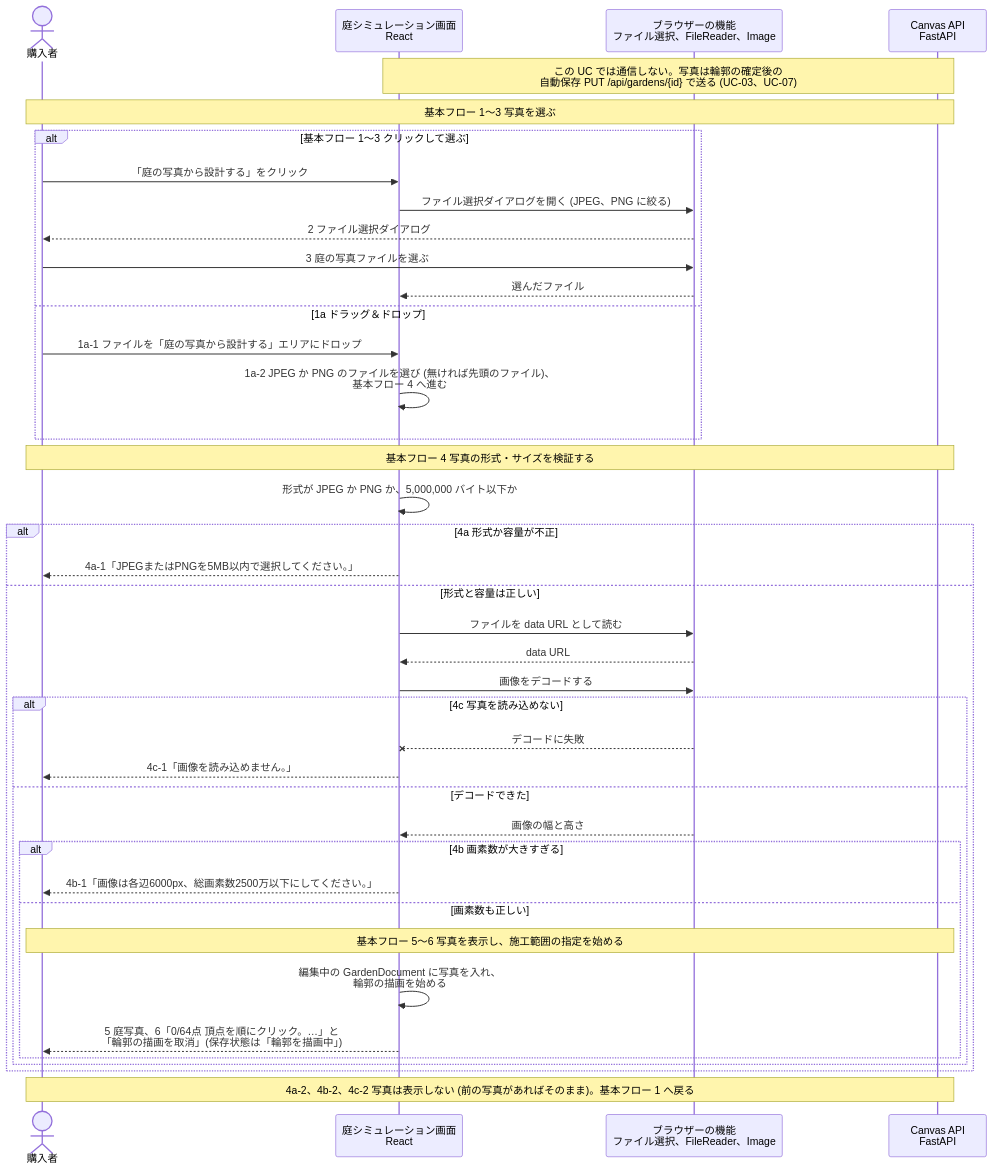
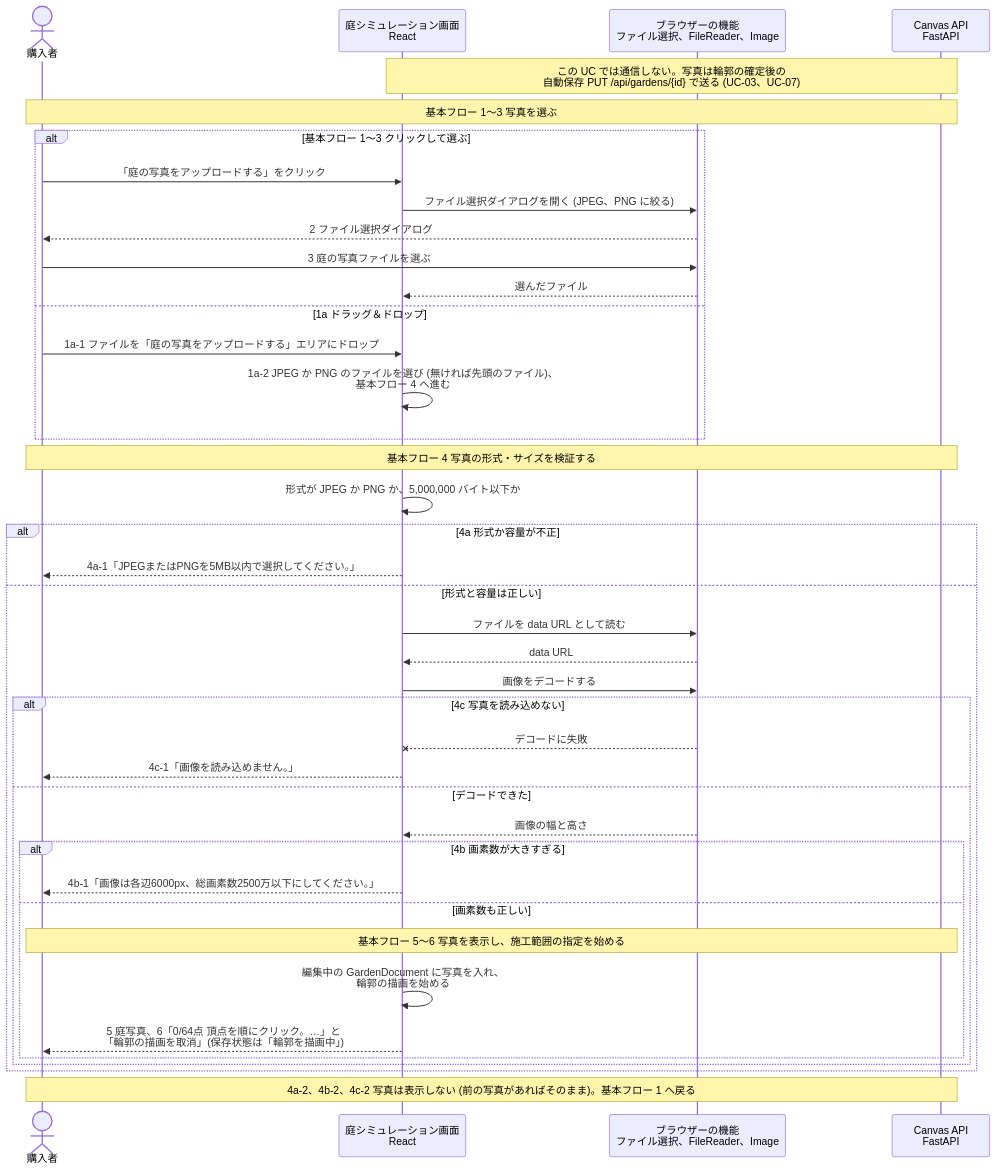
The first of 2 diagrams in シーケンス図/kusakari-canvas/UC-02_庭の写真をアップロードする.md (abeouga/kusakari-document), drawn with Mermaid before and after one commit. The commit also changed other lines of this file and 7 other files, not shown here.

First line of the commit message:
Canvas の図を kusakari-canvas の main（046c5fa）の画面の文言と買い物リストの表示に合わせる (#10)

````diff
--- a/シーケンス図/kusakari-canvas/UC-02_庭の写真をアップロードする.md
+++ b/シーケンス図/kusakari-canvas/UC-02_庭の写真をアップロードする.md
@@ -10,43 +10,43 @@
 ```mermaid
 sequenceDiagram
     actor User as 購入者
     participant Page as 庭シミュレーション画面<br/>React
     participant Browser as ブラウザーの機能<br/>ファイル選択、FileReader、Image
     participant Api as Canvas API<br/>FastAPI
 
     Note over Page,Api: この UC では通信しない。写真は輪郭の確定後の<br/>自動保存 PUT /api/gardens/{id} で送る (UC-03、UC-07)
     Note over User,Api: 基本フロー 1〜3 写真を選ぶ
     alt 基本フロー 1〜3 クリックして選ぶ
-        User->>Page: 「庭の写真から設計する」をクリック
+        User->>Page: 「庭の写真をアップロードする」をクリック
         Page->>Browser: ファイル選択ダイアログを開く (JPEG、PNG に絞る)
         Browser-->>User: 2 ファイル選択ダイアログ
         User->>Browser: 3 庭の写真ファイルを選ぶ
         Browser-->>Page: 選んだファイル
     else 1a ドラッグ＆ドロップ
-        User->>Page: 1a-1 ファイルを「庭の写真から設計する」エリアにドロップ
+        User->>Page: 1a-1 ファイルを「庭の写真をアップロードする」エリアにドロップ
         Page->>Page: 1a-2 JPEG か PNG のファイルを選び (無ければ先頭のファイル)、<br/>基本フロー 4 へ進む
     end
     Note over User,Api: 基本フロー 4 写真の形式・サイズを検証する
     Page->>Page: 形式が JPEG か PNG か、5,000,000 バイト以下か
     alt 4a 形式か容量が不正
         Page-->>User: 4a-1「JPEGまたはPNGを5MB以内で選択してください。」
     else 形式と容量は正しい
         Page->>Browser: ファイルを data URL として読む
         Browser-->>Page: data URL
         Page->>Browser: 画像をデコードする
         alt 4c 写真を読み込めない
             Browser--xPage: デコードに失敗
             Page-->>User: 4c-1「画像を読み込めません。」
         else デコードできた
             Browser-->>Page: 画像の幅と高さ
             alt 4b 画素数が大きすぎる
                 Page-->>User: 4b-1「画像は各辺6000px、総画素数2500万以下にしてください。」
             else 画素数も正しい
                 Note over User,Api: 基本フロー 5〜6 写真を表示し、施工範囲の指定を始める
                 Page->>Page: 編集中の GardenDocument に写真を入れ、<br/>輪郭の描画を始める
                 Page-->>User: 5 庭写真、6「0/64点 頂点を順にクリック。…」と<br/>「輪郭の描画を取消」(保存状態は「輪郭を描画中」)
             end
         end
     end
     Note over User,Api: 4a-2、4b-2、4c-2 写真は表示しない (前の写真があればそのまま)。基本フロー 1 へ戻る
 ```
````
